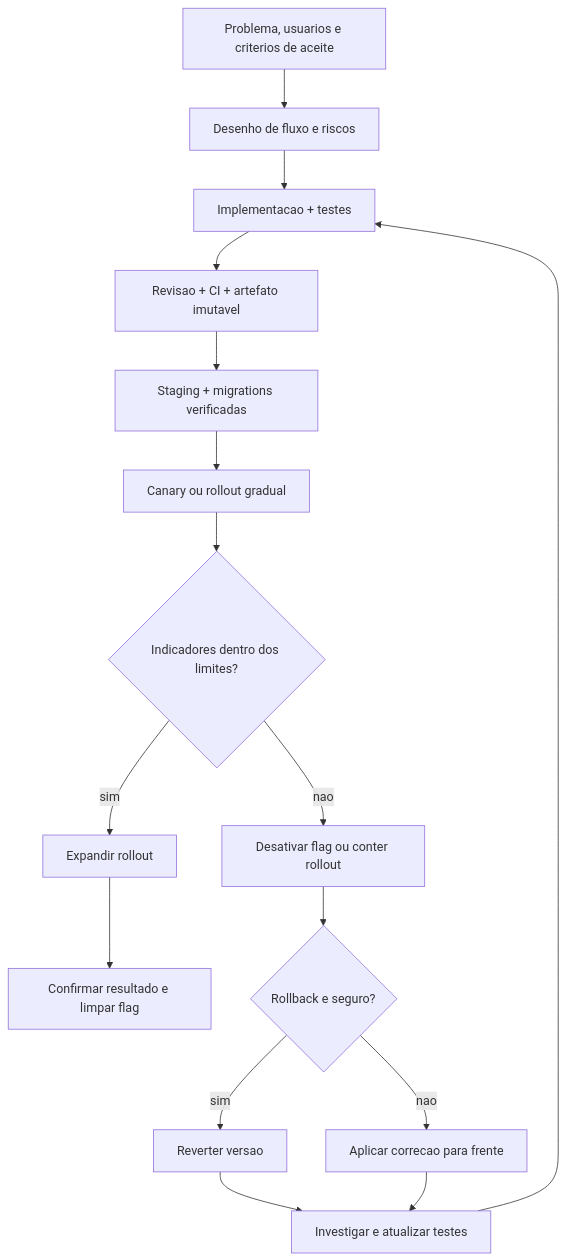
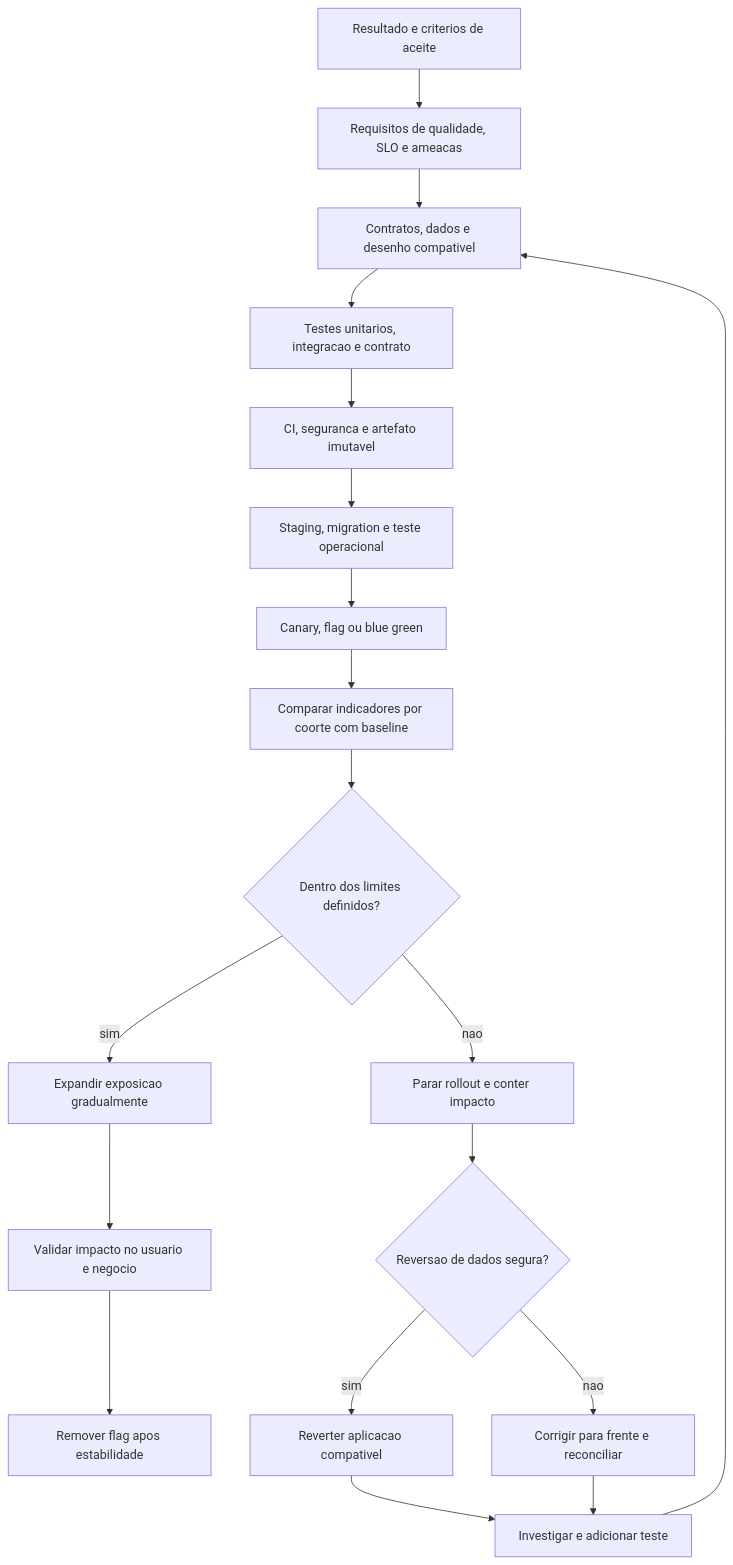
Before and after one commit to GabrielAraujoGit/Questions: the second of 3 diagrams in README.md, drawn with Mermaid. The commit also changed other lines of this file, not shown here.

Commit message:
Aprofundar respostas e diagramas tecnicos

````diff
--- a/README.md
+++ b/README.md
@@ -111,18 +143,21 @@
 ```mermaid
 flowchart TD
-    A[Problema, usuarios e criterios de aceite] --> B[Desenho de fluxo e riscos]
-    B --> C[Implementacao + testes]
-    C --> D[Revisao + CI + artefato imutavel]
-    D --> E[Staging + migrations verificadas]
-    E --> F[Canary ou rollout gradual]
-    F --> G{Indicadores dentro dos limites?}
-    G -->|sim| H[Expandir rollout]
-    H --> I[Confirmar resultado e limpar flag]
-    G -->|nao| J[Desativar flag ou conter rollout]
-    J --> K{Rollback e seguro?}
-    K -->|sim| L[Reverter versao]
-    K -->|nao| M[Aplicar correcao para frente]
-    L --> N[Investigar e atualizar testes]
-    M --> N
-    N --> C
+    A[Resultado e criterios de aceite] --> B[Requisitos de qualidade, SLO e ameacas]
+    B --> C[Contratos, dados e desenho compativel]
+    C --> D[Testes unitarios, integracao e contrato]
+    D --> E[CI, seguranca e artefato imutavel]
+    E --> F[Staging, migration e teste operacional]
+    F --> G[Canary, flag ou blue green]
+    G --> H[Comparar indicadores por coorte com baseline]
+    H --> I{Dentro dos limites definidos?}
+    I -->|sim| J[Expandir exposicao gradualmente]
+    J --> K[Validar impacto no usuario e negocio]
+    K --> L[Remover flag apos estabilidade]
+    I -->|nao| M[Parar rollout e conter impacto]
+    M --> N{Reversao de dados segura?}
+    N -->|sim| O[Reverter aplicacao compativel]
+    N -->|nao| P[Corrigir para frente e reconciliar]
+    O --> Q[Investigar e adicionar teste]
+    P --> Q
+    Q --> C
 ```
````
